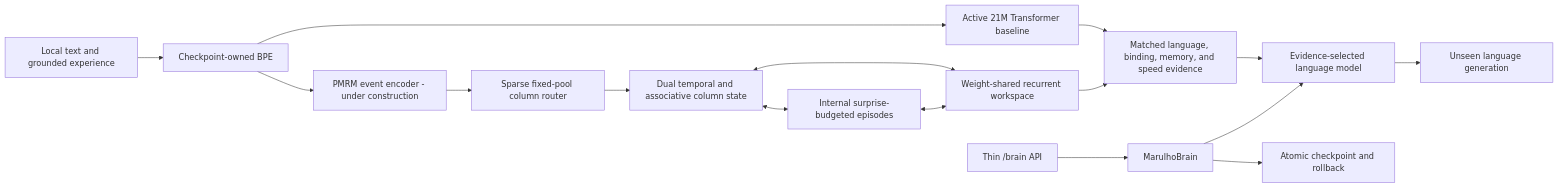
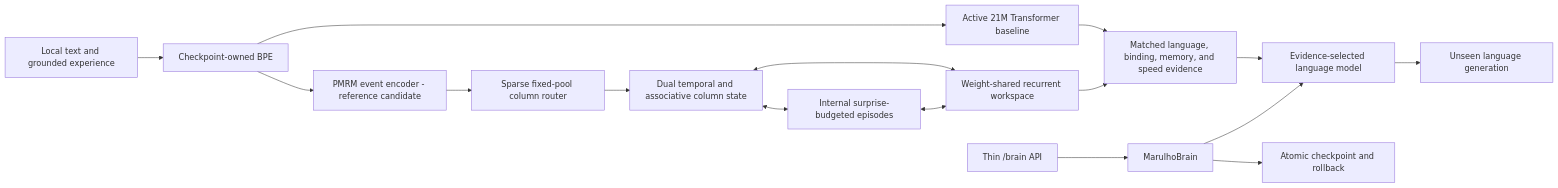
The diagram in README.md (Tuafo/MARULHO), drawn with Mermaid before and after one commit. The commit also changed other lines of this file and 10 other files, not shown here.

Commit message:
Add integrated PMRM language reference

````diff
--- a/README.md
+++ b/README.md
@@ -28,18 +28,18 @@
 ```mermaid
 flowchart LR
     Data["Local text and grounded experience"] --> Tok["Checkpoint-owned BPE"]
     Tok --> Baseline["Active 21M Transformer baseline"]
-    Tok --> Event["PMRM event encoder - under construction"]
+    Tok --> Event["PMRM event encoder - reference candidate"]
     Event --> Router["Sparse fixed-pool column router"]
     Router --> Dual["Dual temporal and associative column state"]
     Dual <--> Episode["Internal surprise-budgeted episodes"]
     Dual <--> Workspace["Weight-shared recurrent workspace"]
     Episode <--> Workspace
     Baseline --> Compare["Matched language, binding, memory, and speed evidence"]
     Workspace --> Compare
     Compare --> Selected["Evidence-selected language model"]
     Selected --> Output["Unseen language generation"]
     Brain["MarulhoBrain"] --> Selected
     Brain --> Checkpoint["Atomic checkpoint and rollback"]
     Service["Thin /brain API"] --> Brain
 ```
````
